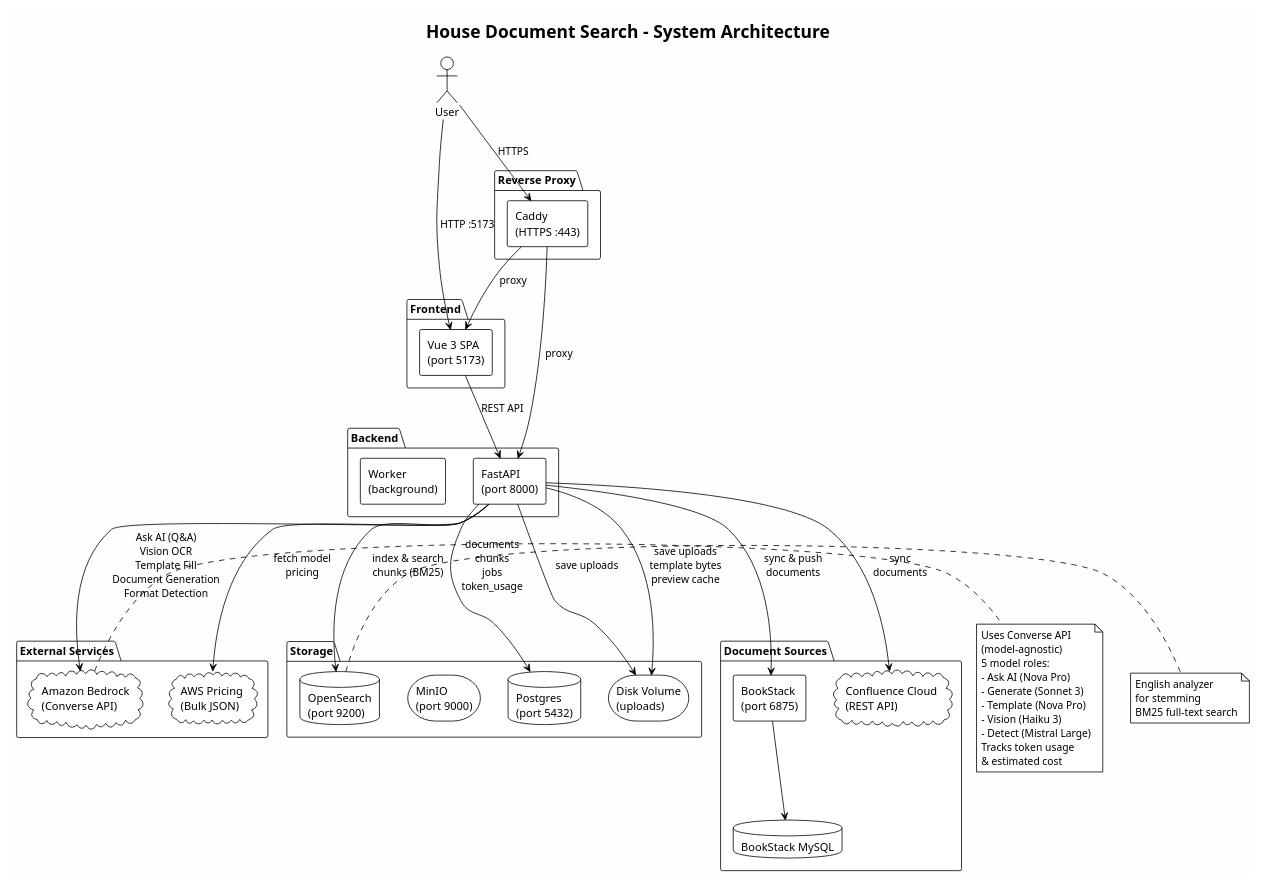
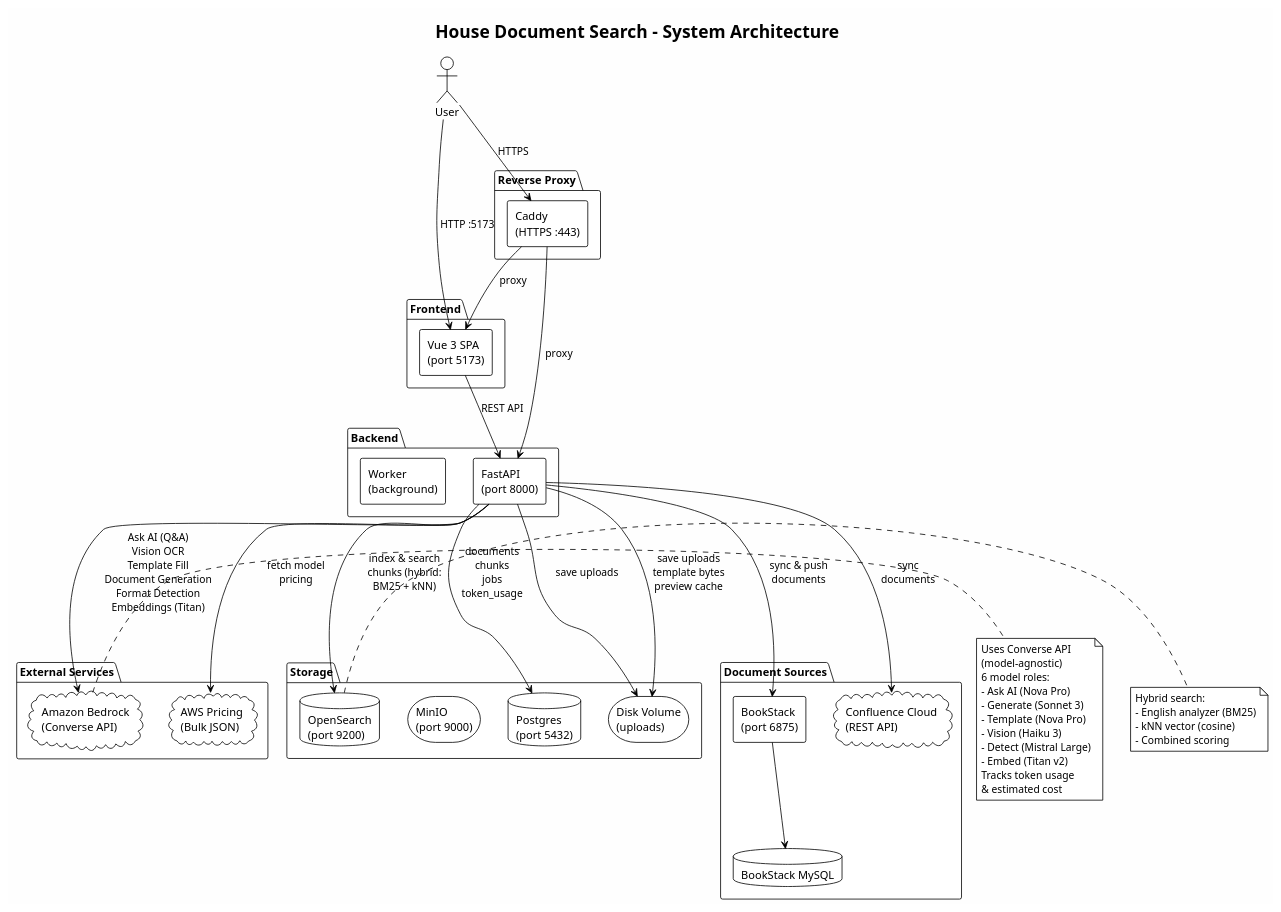
Before and after one commit to vampireLibrarianMonk/document_search: the diagram in docs/diagrams/architecture.puml, drawn with PlantUML. The commit also changed 55 other files, not shown here.

First line of the commit message:
Implement hybrid search with BM25 and vector embeddings

```diff
--- a/docs/diagrams/architecture.puml
+++ b/docs/diagrams/architecture.puml
@@ -1,75 +1,77 @@
 @startuml architecture
 !theme plain
 skinparam backgroundColor #FEFEFE
 skinparam componentStyle rectangle
 
 title House Document Search - System Architecture
 
 actor "User" as user
 
 package "Frontend" {
   [Vue 3 SPA\n(port 5173)] as frontend
 }
 
 package "Reverse Proxy" {
   [Caddy\n(HTTPS :443)] as caddy
 }
 
 package "Backend" {
   [FastAPI\n(port 8000)] as api
   [Worker\n(background)] as worker
 }
 
 package "Storage" {
   database "Postgres\n(port 5432)" as pg
   database "OpenSearch\n(port 9200)" as os
   storage "MinIO\n(port 9000)" as minio
   storage "Disk Volume\n(uploads)" as disk
 }
 
 package "External Services" {
   cloud "Amazon Bedrock\n(Converse API)" as bedrock
   cloud "AWS Pricing\n(Bulk JSON)" as pricing
 }
 
 package "Document Sources" {
   [BookStack\n(port 6875)] as bookstack
   database "BookStack MySQL" as bsdb
   cloud "Confluence Cloud\n(REST API)" as confluence
 }
 
 user --> caddy : HTTPS
 caddy --> frontend : proxy
 caddy --> api : proxy
 user --> frontend : HTTP :5173
 frontend --> api : REST API
 
 api --> pg : documents\nchunks\njobs\ntoken_usage
-api --> os : index & search\nchunks (BM25)
+api --> os : index & search\nchunks (hybrid:\nBM25 + kNN)
 api --> disk : save uploads
-api --> bedrock : Ask AI (Q&A)\nVision OCR\nTemplate Fill\nDocument Generation\nFormat Detection
+api --> bedrock : Ask AI (Q&A)\nVision OCR\nTemplate Fill\nDocument Generation\nFormat Detection\nEmbeddings (Titan)
 api --> pricing : fetch model\npricing
 api --> bookstack : sync & push\ndocuments
 api --> confluence : sync\ndocuments
 api --> disk : save uploads\ntemplate bytes\npreview cache
 bookstack --> bsdb
 
 note right of bedrock
   Uses Converse API
   (model-agnostic)
-  5 model roles:
+  6 model roles:
   - Ask AI (Nova Pro)
   - Generate (Sonnet 3)
   - Template (Nova Pro)
   - Vision (Haiku 3)
   - Detect (Mistral Large)
+  - Embed (Titan v2)
   Tracks token usage
   & estimated cost
 end note
 
 note right of os
-  English analyzer
-  for stemming
-  BM25 full-text search
+  Hybrid search:
+  - English analyzer (BM25)
+  - kNN vector (cosine)
+  - Combined scoring
 end note
 @enduml
```
